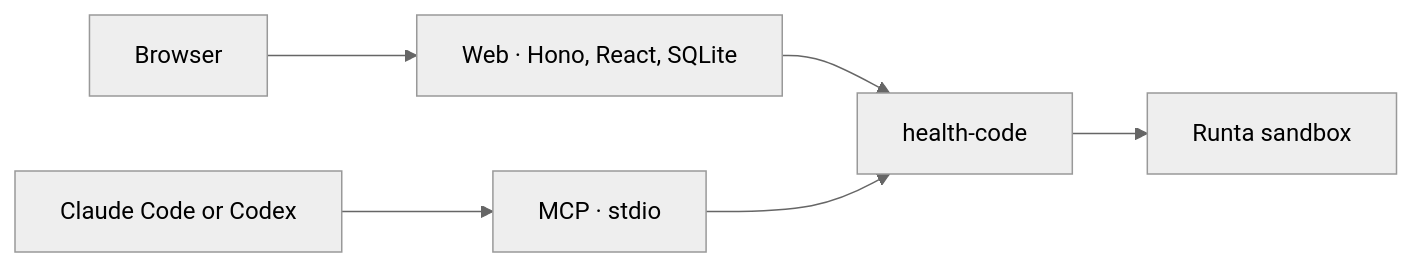
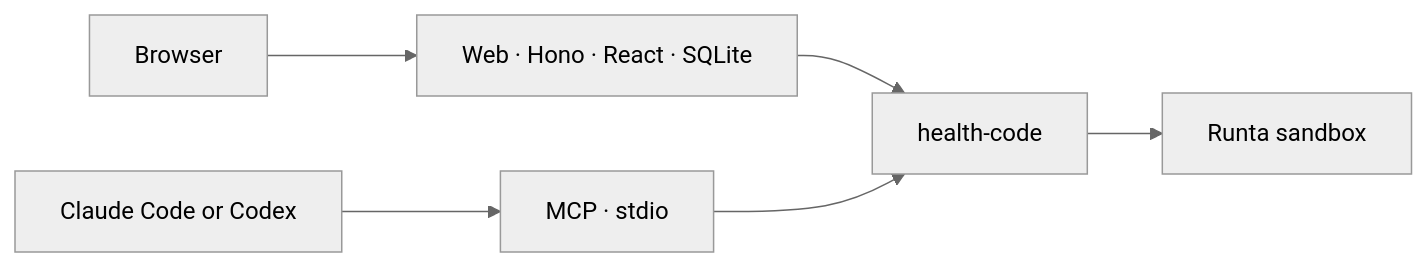
One commit to doubleoevan/health-code changed the diagram in README.md. Above: the diagram before and after it, drawn with Mermaid (neutral theme). The commit also changed other lines of this file and 142 other files, not shown here.

````diff
--- a/README.md
+++ b/README.md
@@ -11,8 +12,8 @@
 ```mermaid
 flowchart LR
-  Browser --> Web["Web · Hono, React, SQLite"]
+  Browser --> Web["Web · Hono · React · SQLite"]
   Agent["Claude Code or Codex"] --> MCP["MCP · stdio"]
   Web --> Library["health-code"]
   MCP --> Library
   Library --> Runta["Runta sandbox"]
 ```
````
